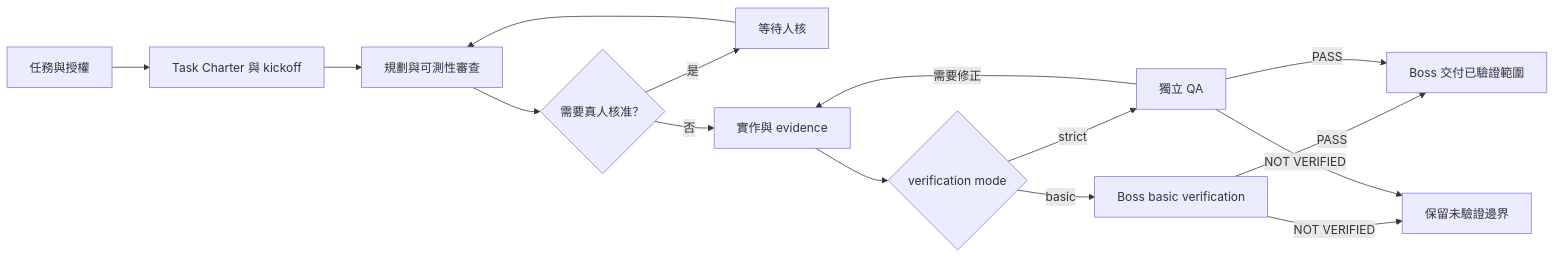
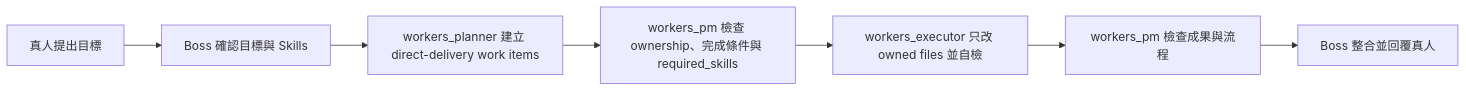
The diagram in README.md (Lzxpan/workers-group), drawn with Mermaid before and after one commit. The commit also changed other lines of this file and 70 other files, not shown here.

````diff
--- a/README.md
+++ b/README.md
@@ -152,17 +34,9 @@
 ```mermaid
 flowchart LR
-    A[任務與授權] --> B[Task Charter 與 kickoff]
-    B --> C[規劃與可測性審查]
-    C --> D{需要真人核准？}
-    D -->|是| E[等待人核]
-    E --> C
-    D -->|否| F[實作與 evidence]
-    F --> G{verification mode}
-    G -->|basic| H[Boss basic verification]
-    G -->|strict| I[獨立 QA]
-    H -->|PASS| J[Boss 交付已驗證範圍]
-    I -->|PASS| J
-    I -->|需要修正| F
-    H -->|NOT VERIFIED| K[保留未驗證邊界]
-    I -->|NOT VERIFIED| K
+    U[真人提出目標] --> B[Boss 確認目標與 Skills]
+    B --> P[workers_planner 建立 direct-delivery work items]
+    P --> M[workers_pm 檢查 ownership、完成條件與 required_skills]
+    M --> E[workers_executor 只改 owned files 並自檢]
+    E --> M2[workers_pm 檢查成果與流程]
+    M2 --> B2[Boss 整合並回覆真人]
 ```
````
